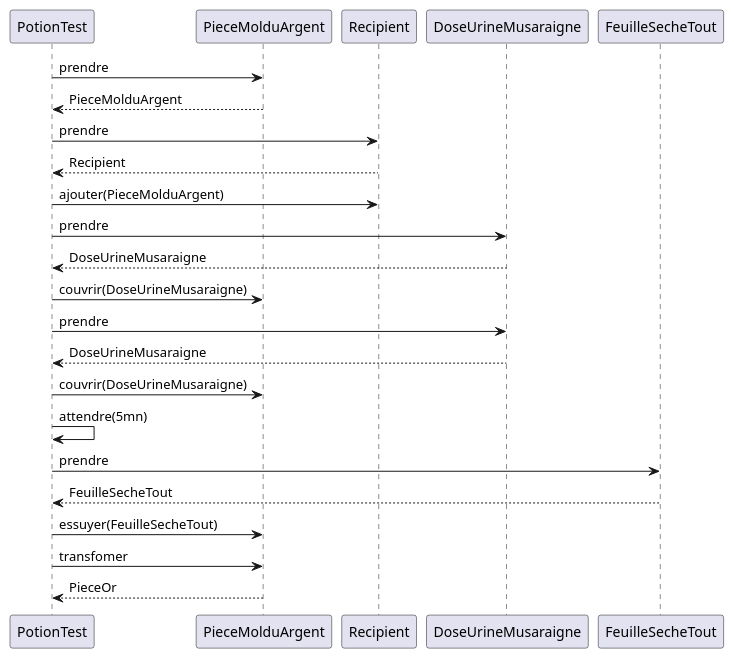
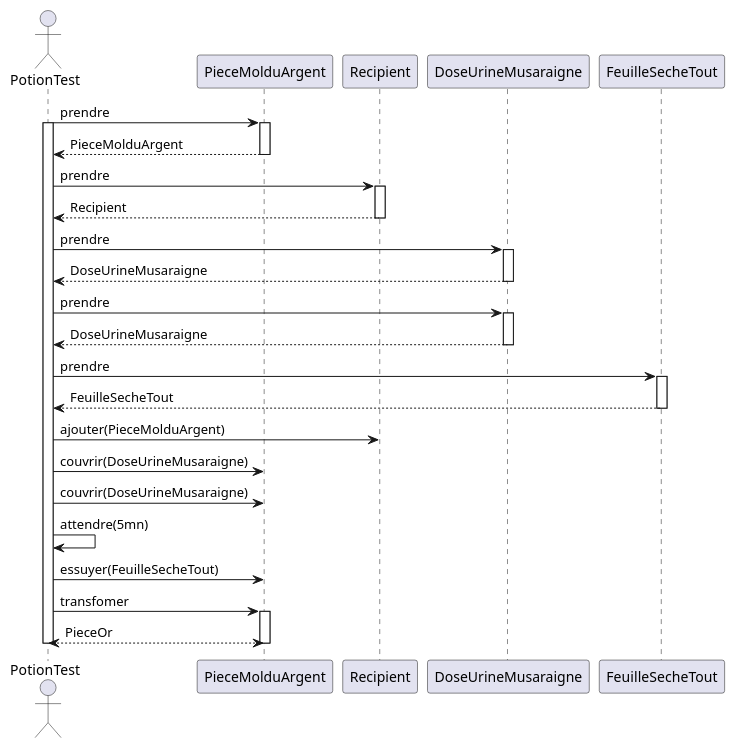
The diagram in src/uml/facadeSequence.puml (jandry/design-pattern), drawn with PlantUML before and after one commit. The commit also changed 2 other files, not shown here.

```diff
--- a/src/uml/facadeSequence.puml
+++ b/src/uml/facadeSequence.puml
@@ -1,19 +1,37 @@
 @startuml FacadeSequence
-PotionTest -> PieceMolduArgent: prendre
+actor PotionTest
+
+PotionTest -> PieceMolduArgent : prendre
+activate PotionTest
+activate PieceMolduArgent
 PotionTest <-- PieceMolduArgent: PieceMolduArgent
+deactivate PieceMolduArgent
 PotionTest -> Recipient : prendre
+activate Recipient
 PotionTest <-- Recipient : Recipient
+deactivate Recipient
+PotionTest -> DoseUrineMusaraigne: prendre
+activate DoseUrineMusaraigne
+PotionTest <-- DoseUrineMusaraigne: DoseUrineMusaraigne
+deactivate DoseUrineMusaraigne
+PotionTest -> DoseUrineMusaraigne: prendre
+activate DoseUrineMusaraigne
+PotionTest <-- DoseUrineMusaraigne: DoseUrineMusaraigne
+deactivate DoseUrineMusaraigne
+PotionTest -> FeuilleSecheTout: prendre
+activate FeuilleSecheTout
+PotionTest <-- FeuilleSecheTout: FeuilleSecheTout
+deactivate FeuilleSecheTout
+
 PotionTest -> Recipient: ajouter(PieceMolduArgent)
-PotionTest -> DoseUrineMusaraigne: prendre
-PotionTest <-- DoseUrineMusaraigne: DoseUrineMusaraigne
 PotionTest -> PieceMolduArgent: couvrir(DoseUrineMusaraigne)
-PotionTest -> DoseUrineMusaraigne: prendre
-PotionTest <-- DoseUrineMusaraigne: DoseUrineMusaraigne
 PotionTest -> PieceMolduArgent: couvrir(DoseUrineMusaraigne)
 PotionTest -> PotionTest: attendre(5mn)
-PotionTest -> FeuilleSecheTout: prendre
-PotionTest <-- FeuilleSecheTout: FeuilleSecheTout
 PotionTest -> PieceMolduArgent: essuyer(FeuilleSecheTout)
 PotionTest -> PieceMolduArgent: transfomer
-PieceMolduArgent --> PotionTest: PieceOr
+activate PieceMolduArgent
+PotionTest <--> PieceMolduArgent: PieceOr
+deactivate PieceMolduArgent
+deactivate PotionTest
+
 @enduml
```
